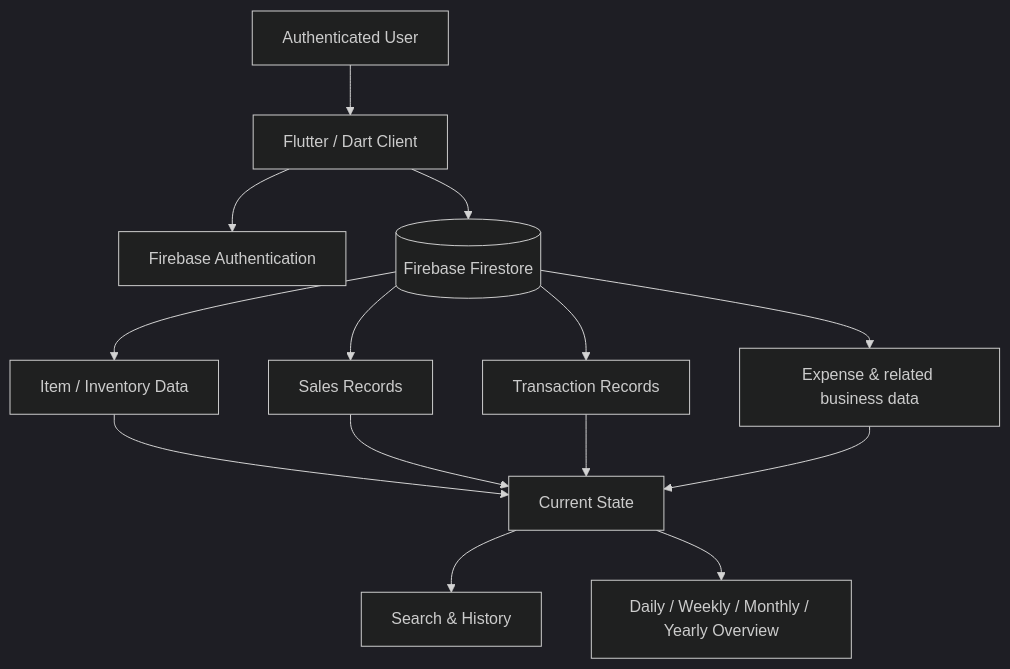
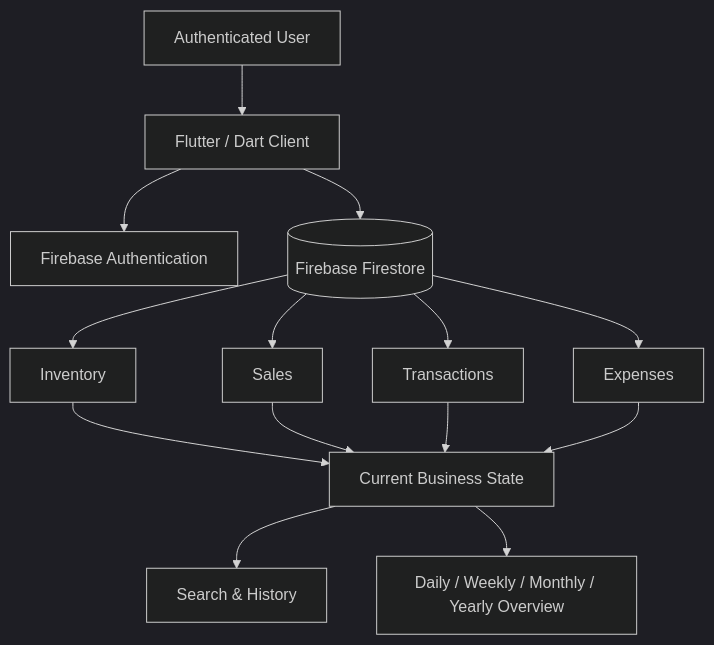
Before and after one commit to sebghat77/inventory-management-mobile-app: the first of 3 diagrams in docs/ARCHITECTURE.md, drawn with Mermaid (dark theme). The commit also changed other lines of this file and 3 other files, not shown here.

````diff
--- a/docs/ARCHITECTURE.md
+++ b/docs/ARCHITECTURE.md
@@ -7,19 +7,16 @@
-```mermaid
+~~~mermaid
 flowchart TB
     A[Authenticated User] --> B[Flutter / Dart Client]
     B --> C[Firebase Authentication]
     B --> D[(Firebase Firestore)]
-
-    D --> E[Item / Inventory Data]
-    D --> F[Sales Records]
-    D --> G[Transaction Records]
-    D --> H[Expense & related business data]
-
-    E --> I[Current State]
+    D --> E[Inventory]
+    D --> F[Sales]
+    D --> G[Transactions]
+    D --> H[Expenses]
+    E --> I[Current Business State]
     F --> I
     G --> I
     H --> I
-
     I --> J[Search & History]
     I --> K[Daily / Weekly / Monthly / Yearly Overview]
-```
+~~~
````
